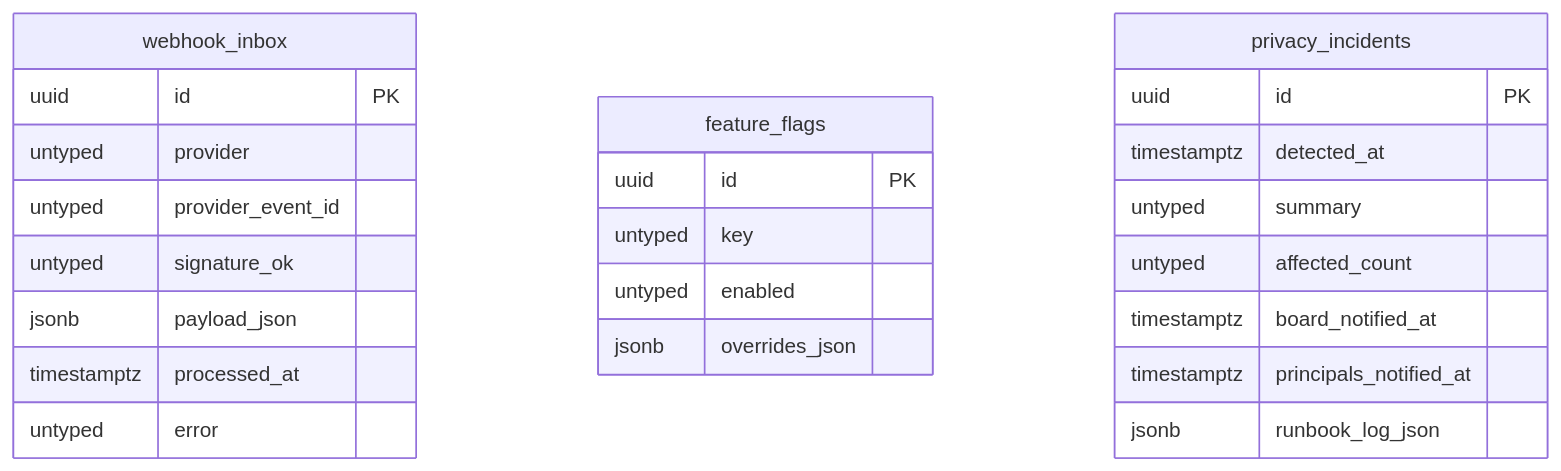
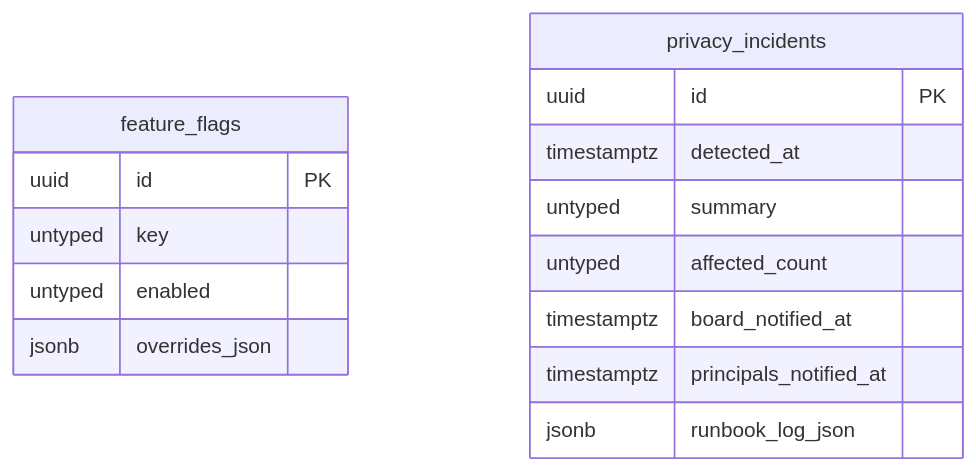
Diagram 16 of 16 in docs/data/erd.md (techaust/shakti_prime), drawn with Mermaid before and after one commit. The commit also changed other lines of this file and 3 other files, not shown here.

````diff
--- a/docs/data/erd.md
+++ b/docs/data/erd.md
@@ -1907,27 +1924,18 @@
 ```mermaid
 erDiagram
-  webhook_inbox {
-    uuid id PK
-    untyped provider
-    untyped provider_event_id
-    untyped signature_ok
-    jsonb payload_json
-    timestamptz processed_at
-    untyped error
-  }
   feature_flags {
     uuid id PK
     untyped key
     untyped enabled
     jsonb overrides_json
   }
   privacy_incidents {
     uuid id PK
     timestamptz detected_at
     untyped summary
     untyped affected_count
     timestamptz board_notified_at
     timestamptz principals_notified_at
     jsonb runbook_log_json
   }
 ```
````
